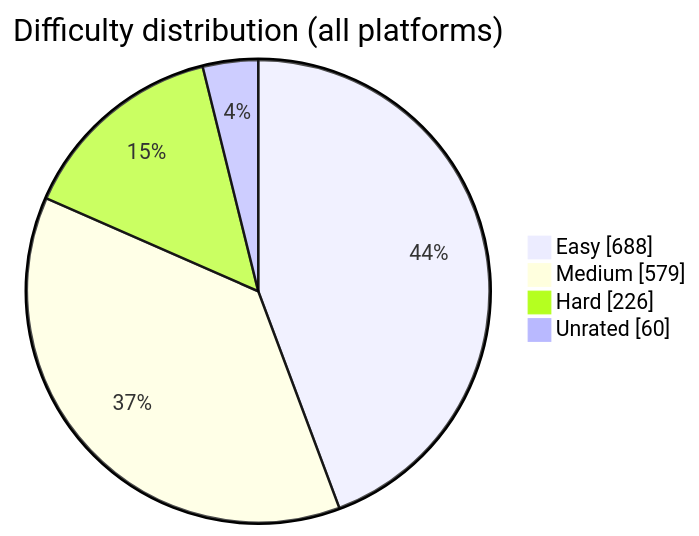
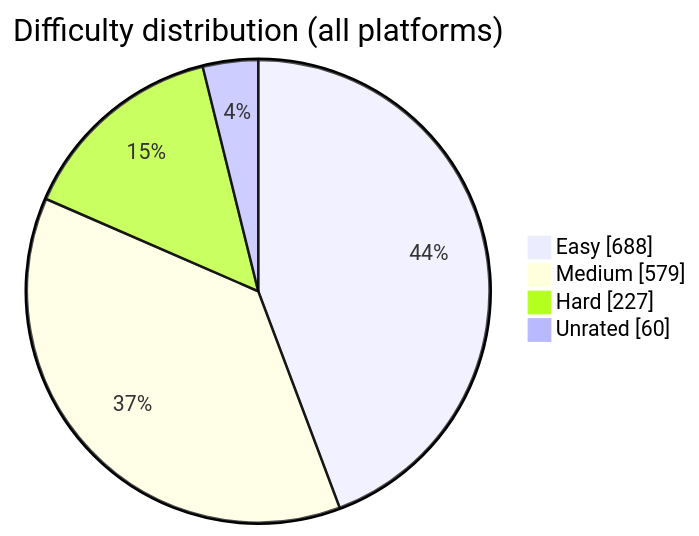
The diagram in README.md (BuildbyArindam/Daily-Coding-Log), drawn with Mermaid before and after one commit. The commit also changed other lines of this file, not shown here.

````diff
--- a/README.md
+++ b/README.md
@@ -93,7 +93,7 @@
 ```mermaid
 pie showData title Difficulty distribution (all platforms)
     "Easy" : 688
     "Medium" : 579
-    "Hard" : 226
+    "Hard" : 227
     "Unrated" : 60
 ```
````
